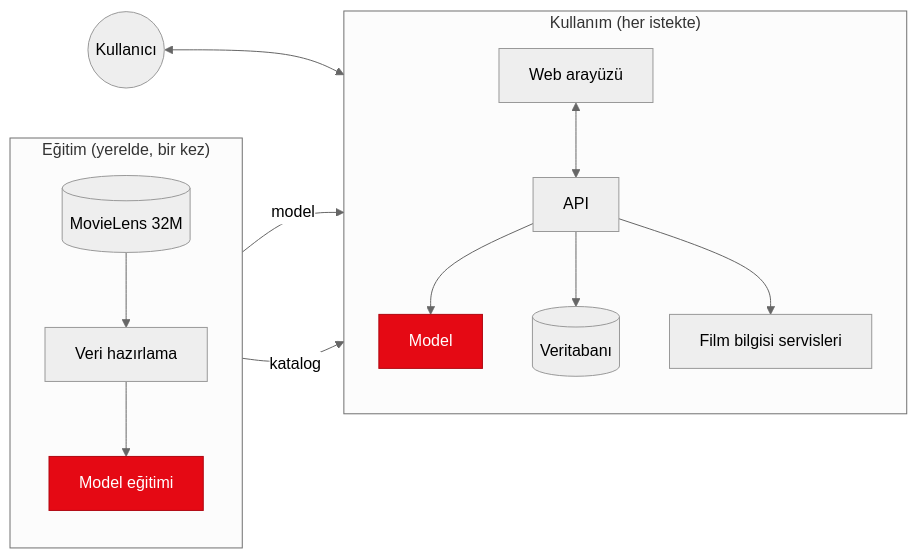
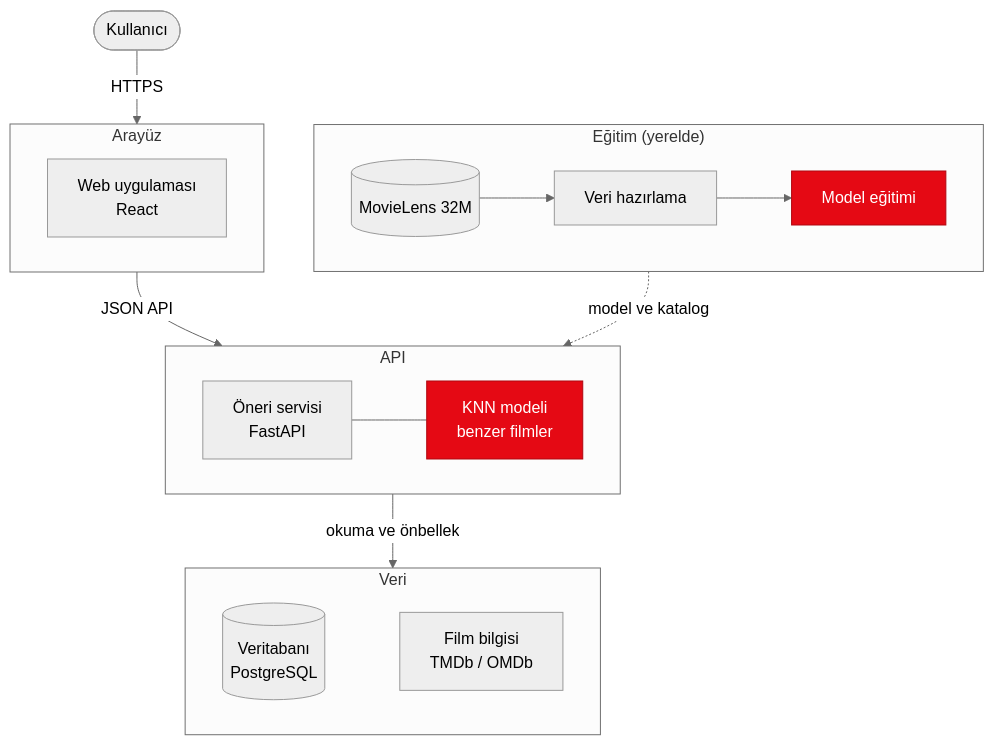
Before and after one commit to nazmikocak/movimind: the diagram in README.md, drawn with Mermaid (neutral theme). The commit also changed other lines of this file and 10 other files, not shown here.

````diff
--- a/README.md
+++ b/README.md
@@ -34,23 +51,32 @@
 ```mermaid
-flowchart LR
-    subgraph egitim["Eğitim (yerelde, bir kez)"]
-        direction TB
-        data[("MovieLens 32M")] --> prep["Veri hazırlama"]
-        prep --> train["Model eğitimi"]
+flowchart TB
+    user(["Kullanıcı"])
+
+    subgraph web["Arayüz"]
+        direction LR
+        react["Web uygulaması<br/>React"]
     end
 
-    subgraph kullanim["Kullanım (her istekte)"]
-        direction TB
-        ui["Web arayüzü"] <--> api["API"]
-        api --> knn["Model"]
-        api --> db[("Veritabanı")]
-        api --> info["Film bilgisi servisleri"]
+    subgraph api["API"]
+        direction LR
+        service["Öneri servisi<br/>FastAPI"] --- knn["KNN modeli<br/>benzer filmler"]
     end
 
-    user(("Kullanıcı")) <--> ui
-    train -- "model" --> knn
-    train -- "katalog" --> db
+    subgraph data["Veri"]
+        direction LR
+        db[("Veritabanı<br/>PostgreSQL")] ~~~ ext["Film bilgisi<br/>TMDb / OMDb"]
+    end
 
-    classDef model fill:#E50914,stroke:#B00710,color:#ffffff
-    class train,knn model
+    subgraph train["Eğitim (yerelde)"]
+        direction LR
+        ml[("MovieLens 32M")] --> prep["Veri hazırlama"] --> fit["Model eğitimi"]
+    end
+
+    user -- "HTTPS" --> web
+    web -- "JSON API" --> api
+    api -- "okuma ve önbellek" --> data
+    train -. "model ve katalog" .-> api
+
+    classDef red fill:#E50914,stroke:#B00710,color:#ffffff
+    class knn,fit red
 ```
````
